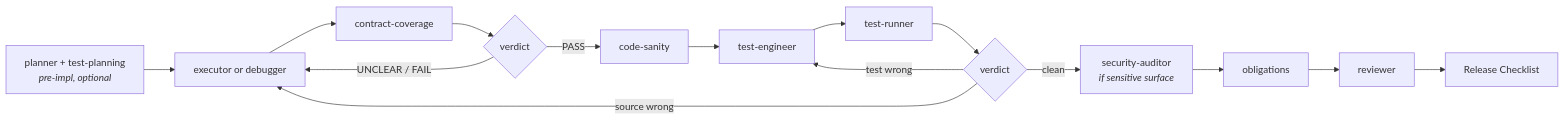
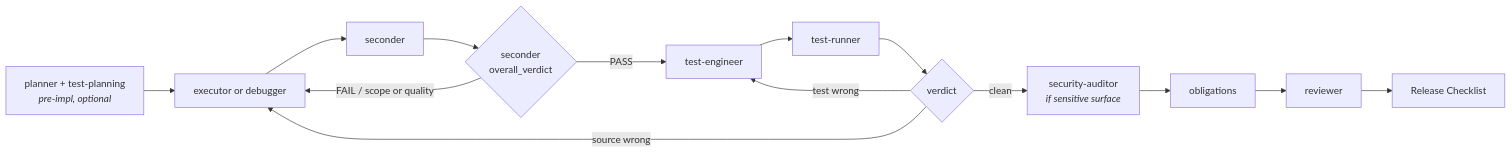
Before and after one commit to xtrm-dev/specialists: the first of 16 diagrams in docs/design/chain-templates.md, drawn with Mermaid. The commit also changed other lines of this file and 2 other files, not shown here.

````diff
--- a/docs/design/chain-templates.md
+++ b/docs/design/chain-templates.md
@@ -57,17 +57,16 @@
 ```mermaid
 flowchart LR
   planner[planner + test-planning<br><i>pre-impl, optional</i>] --> writer[executor or debugger]
-  writer --> contract-coverage
-  contract-coverage --> ccv{verdict}
-  ccv -- UNCLEAR / FAIL --> writer
-  ccv -- PASS --> code-sanity
-  code-sanity --> test-engineer
+  writer --> seconder
+  seconder --> sv{seconder<br>overall_verdict}
+  sv -- FAIL / scope or quality --> writer
+  sv -- PASS --> test-engineer
   test-engineer --> test-runner
   test-runner --> tv{verdict}
   tv -- test wrong --> test-engineer
   tv -- source wrong --> writer
   tv -- clean --> security[security-auditor<br><i>if sensitive surface</i>]
   security --> obligations
   obligations --> reviewer
   reviewer --> release[Release Checklist]
 ```
````
